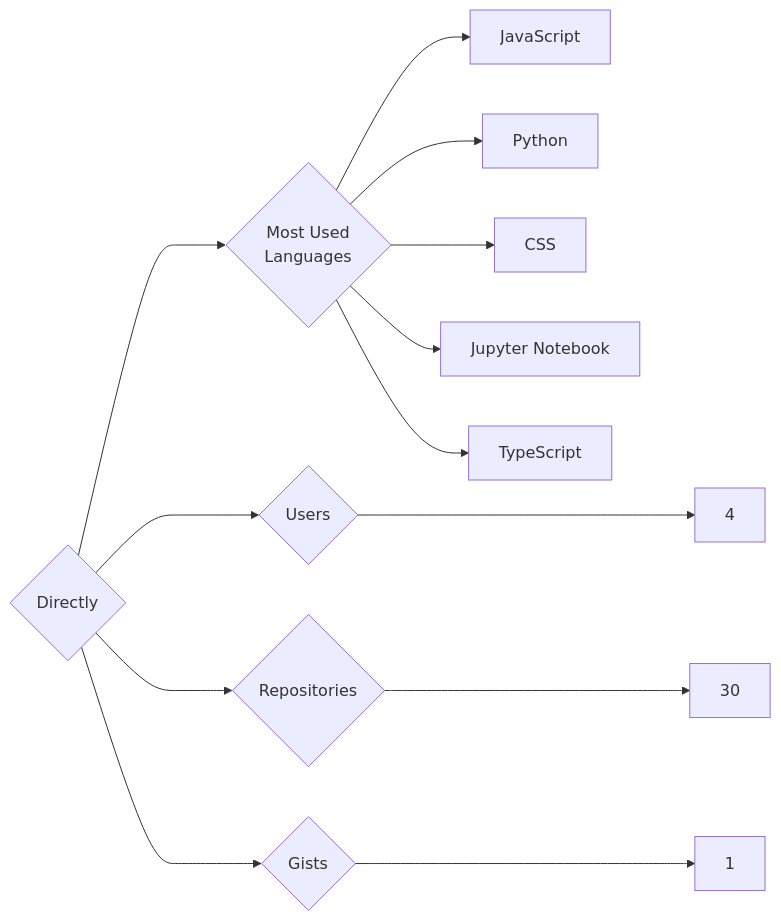
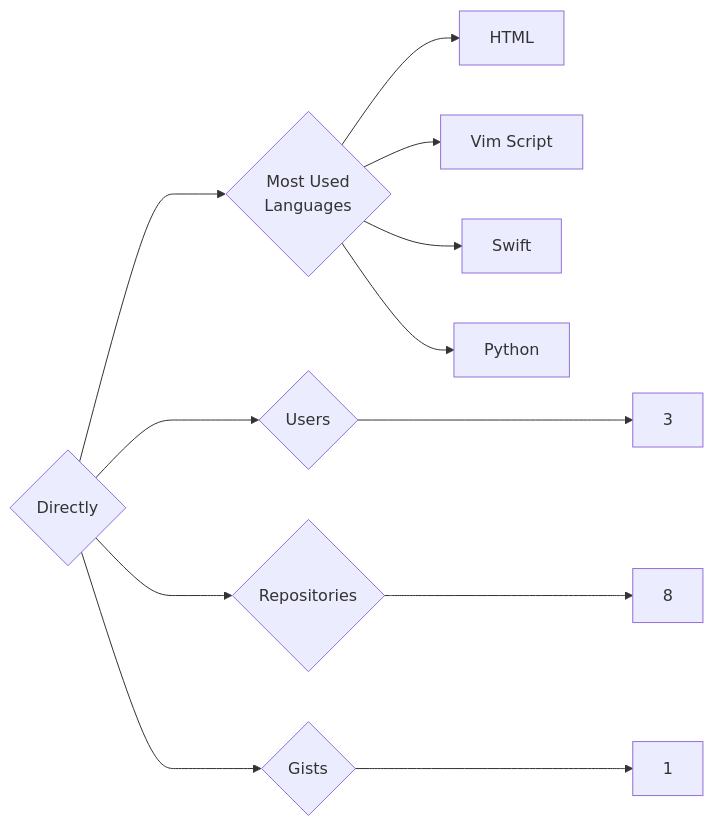
One commit to trickest/insiders changed the diagram in targets/Directly/README.md. Above: the diagram before and after it, drawn with Mermaid. The commit also changed 1141 other files, not shown here.

````diff
--- a/targets/Directly/README.md
+++ b/targets/Directly/README.md
@@ -3,13 +3,12 @@
 ```mermaid
 graph LR
 COMPANY_NAME{Directly}
-COMPANY_NAME ---> U{Users} ---> UN[4]
-COMPANY_NAME ---> R{Repositories} ---> RN[30]
+COMPANY_NAME ---> U{Users} ---> UN[3]
+COMPANY_NAME ---> R{Repositories} ---> RN[8]
 COMPANY_NAME ---> G{Gists} ---> GN[1]
 COMPANY_NAME ---> ML{Most Used<br>Languages}
-ML --> JavaScript[JavaScript]
+ML --> HTML[HTML]
+ML --> Vim_Script[Vim Script]
+ML --> Swift[Swift]
 ML --> Python[Python]
-ML --> CSS[CSS]
-ML --> Jupyter_Notebook[Jupyter Notebook]
-ML --> TypeScript[TypeScript]
 ```
````
